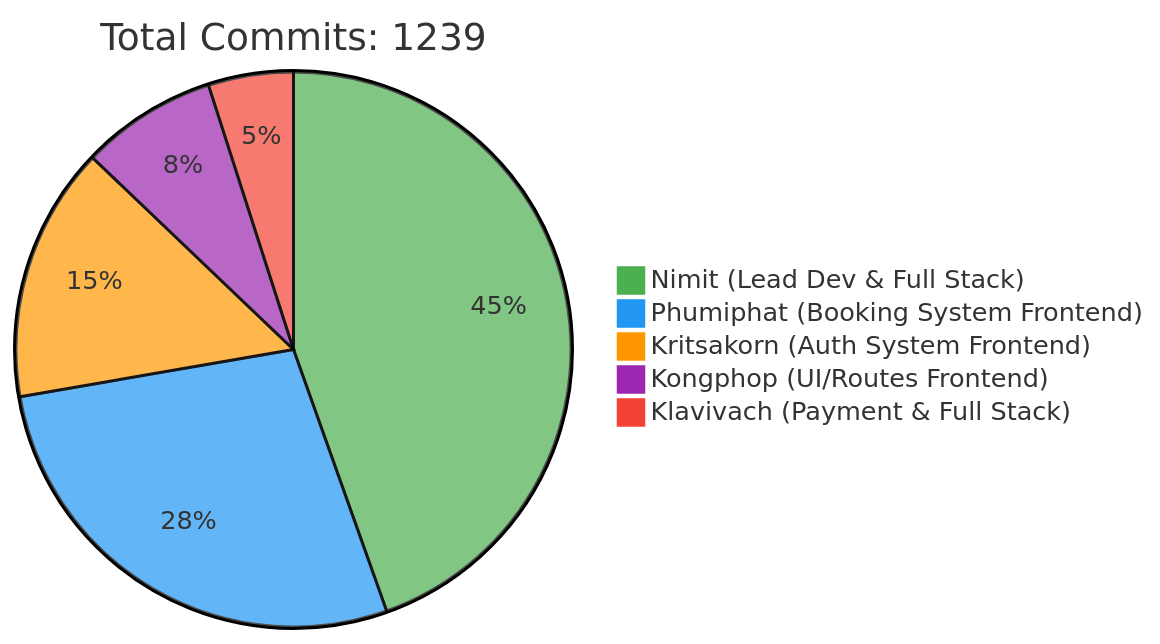
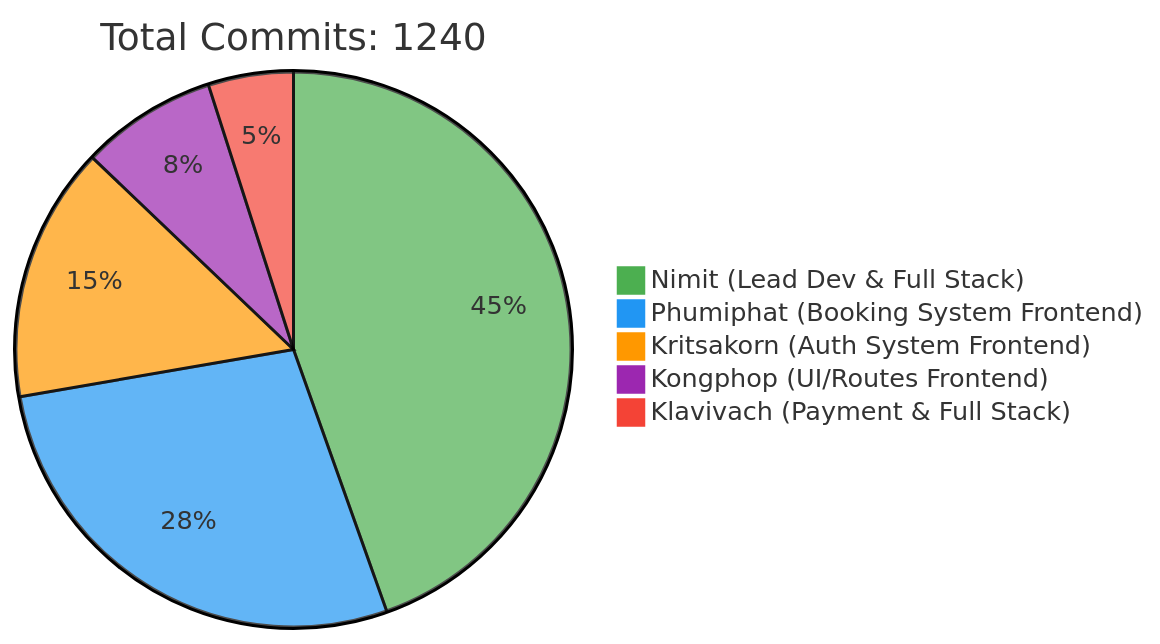
The first of 2 diagrams in README.md (6531503042/Sport-Complex), drawn with Mermaid before and after one commit. The commit also changed other lines of this file, not shown here.

Commit message:
docs: Update contributor statistics [skip ci]

````diff
--- a/README.md
+++ b/README.md
@@ -257,10 +257,10 @@
 ```mermaid
 %%{init: {'theme': 'base', 'themeVariables': { 'pie1': '#4CAF50', 'pie2': '#2196F3', 'pie3': '#FF9800', 'pie4': '#9C27B0', 'pie5': '#F44336'}}}%%
 pie
-    title Total Commits: 1239
+    title Total Commits: 1240
     "Nimit (Lead Dev & Full Stack)" : 450
     "Phumiphat (Booking System Frontend)" : 280
     "Kritsakorn (Auth System Frontend)" : 150
     "Kongphop (UI/Routes Frontend)" : 80
     "Klavivach (Payment & Full Stack)" : 50
 ```
````
